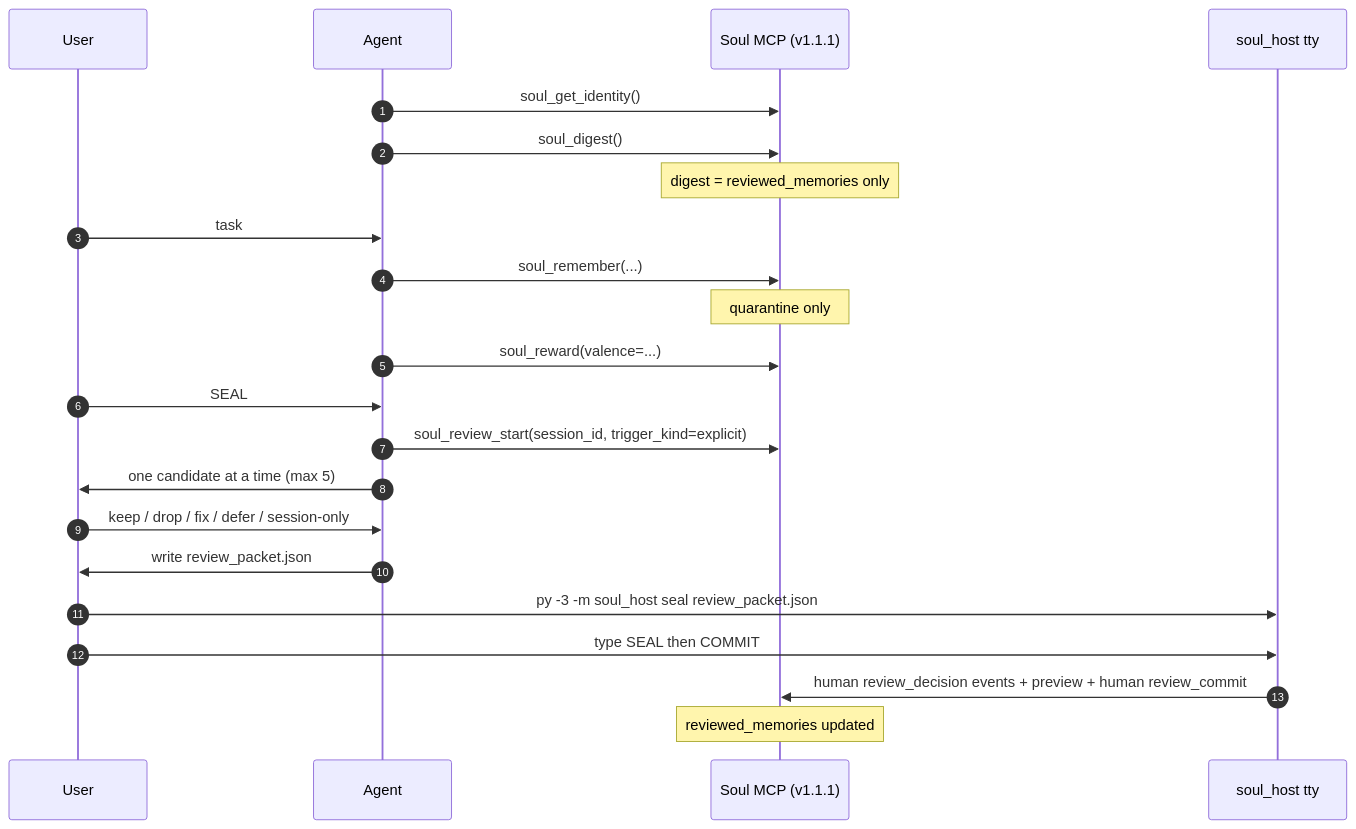
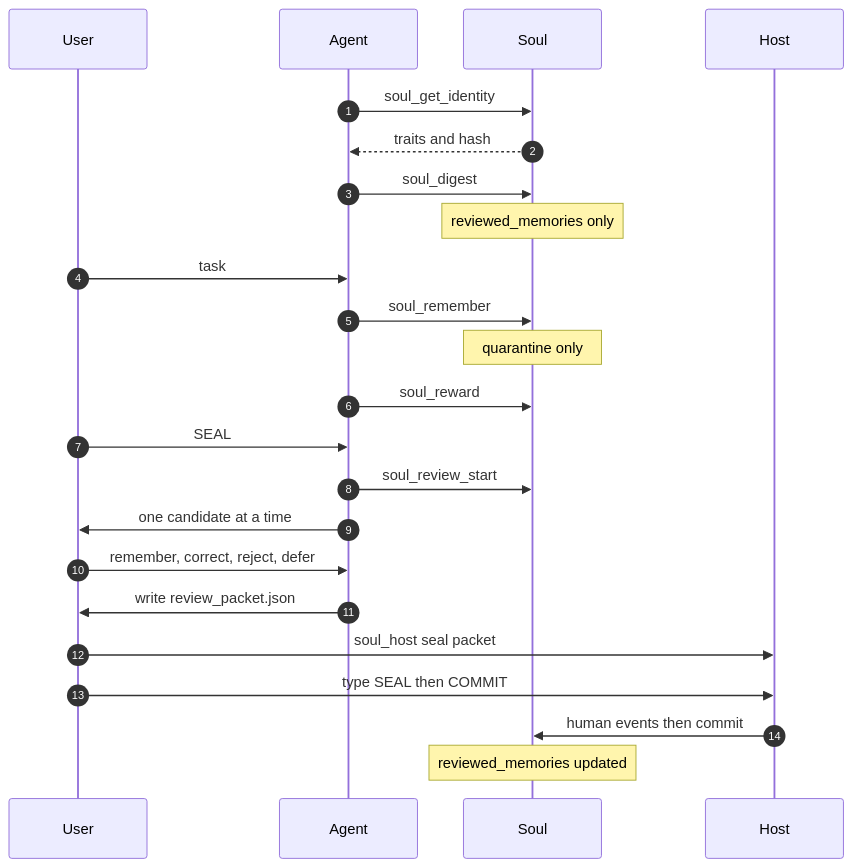
One commit to Azhonaras/soul-engine changed the diagram in docs/MCP_TOOL_USAGE_GUIDELINE.md. Above: the diagram before and after it, drawn with Mermaid. The commit also changed 6 other files, not shown here.

First line of the commit message:
docs: tighten Mermaid for GitHub and cap mypy below 2.

````diff
--- a/docs/MCP_TOOL_USAGE_GUIDELINE.md
+++ b/docs/MCP_TOOL_USAGE_GUIDELINE.md
@@ -75,25 +75,26 @@
 ```mermaid
 sequenceDiagram
     autonumber
     participant User
     participant Agent
-    participant Soul as Soul MCP (v1.1.1)
-    participant Host as soul_host tty
+    participant Soul
+    participant Host
 
-    Agent->>Soul: soul_get_identity()
-    Agent->>Soul: soul_digest()
-    Note over Soul: digest = reviewed_memories only
+    Agent->>Soul: soul_get_identity
+    Soul-->>Agent: traits and hash
+    Agent->>Soul: soul_digest
+    Note over Soul: reviewed_memories only
     User->>Agent: task
-    Agent->>Soul: soul_remember(...)
+    Agent->>Soul: soul_remember
     Note over Soul: quarantine only
-    Agent->>Soul: soul_reward(valence=...)
+    Agent->>Soul: soul_reward
     User->>Agent: SEAL
-    Agent->>Soul: soul_review_start(session_id, trigger_kind=explicit)
-    Agent->>User: one candidate at a time (max 5)
-    User->>Agent: keep / drop / fix / defer / session-only
+    Agent->>Soul: soul_review_start
+    Agent->>User: one candidate at a time
+    User->>Agent: remember, correct, reject, defer
     Agent->>User: write review_packet.json
-    User->>Host: py -3 -m soul_host seal review_packet.json
+    User->>Host: soul_host seal packet
     User->>Host: type SEAL then COMMIT
-    Host->>Soul: human review_decision events + preview + human review_commit
+    Host->>Soul: human events then commit
     Note over Soul: reviewed_memories updated
 ```
````
